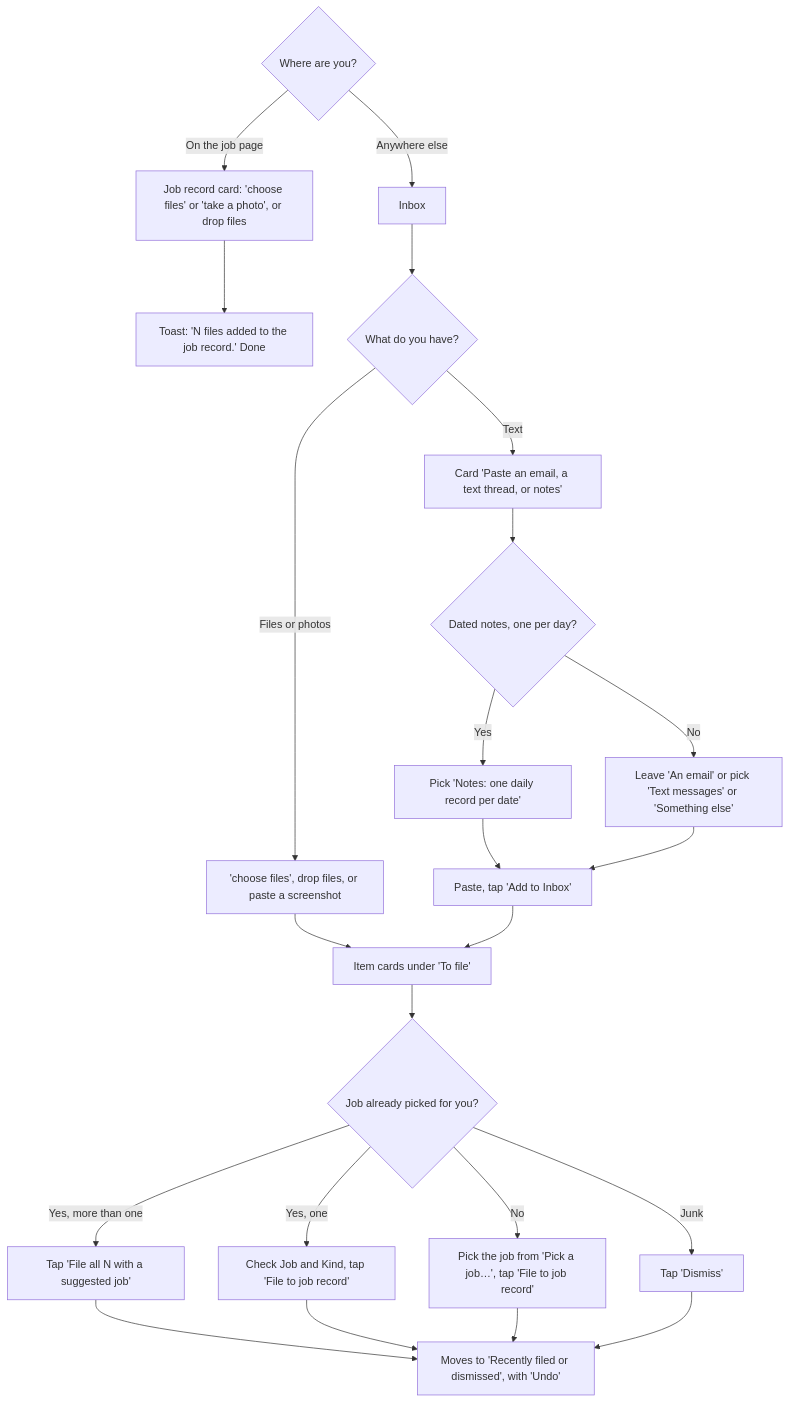
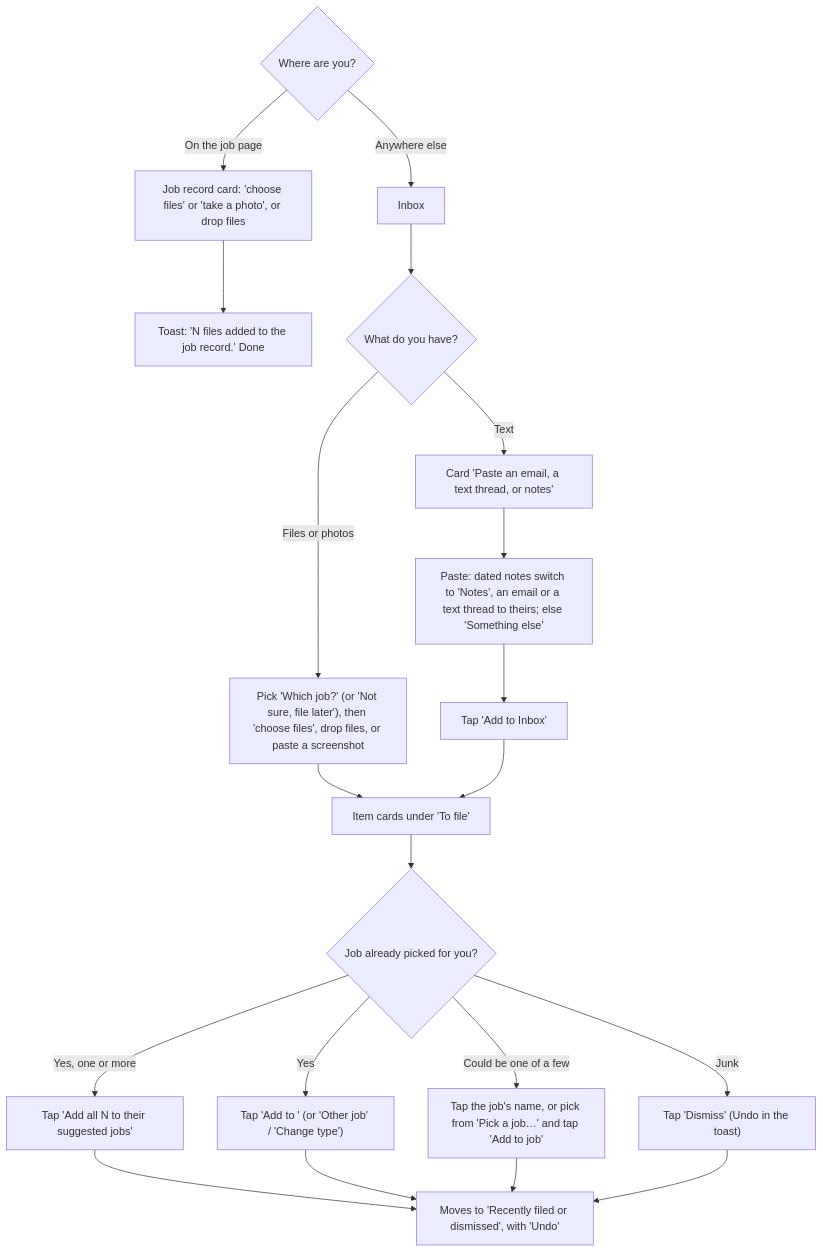
Before and after one commit to cartwrightstephen/billdable: the fifth of 15 diagrams in docs/client-flows.md, drawn with Mermaid. The commit also changed other lines of this file and 13 other files, not shown here.

First line of the commit message:
Round 5: R5-05, R5-06, R5-07 one tap to add an Inbox item, pastes read as people paste them, and photos that come in with a job

````diff
--- a/docs/client-flows.md
+++ b/docs/client-flows.md
@@ -185,25 +185,22 @@
 ```mermaid
 flowchart TD
     A{"Where are you?"} -->|"On the job page"| B["Job record card: 'choose files' or 'take a photo', or drop files"]
     B --> C["Toast: 'N files added to the job record.' Done"]
     A -->|"Anywhere else"| D["Inbox"]
     D --> E{"What do you have?"}
-    E -->|"Files or photos"| F["'choose files', drop files, or paste a screenshot"]
+    E -->|"Files or photos"| F["Pick 'Which job?' (or 'Not sure, file later'), then 'choose files', drop files, or paste a screenshot"]
     E -->|"Text"| G["Card 'Paste an email, a text thread, or notes'"]
-    G --> H{"Dated notes, one per day?"}
-    H -->|"Yes"| I["Pick 'Notes: one daily record per date'"]
-    H -->|"No"| J["Leave 'An email' or pick 'Text messages' or 'Something else'"]
-    I --> K["Paste, tap 'Add to Inbox'"]
-    J --> K
+    G --> H["Paste: dated notes switch to 'Notes', an email or a text thread to theirs; else 'Something else'"]
+    H --> K["Tap 'Add to Inbox'"]
     F --> L["Item cards under 'To file'"]
     K --> L
     L --> M{"Job already picked for you?"}
-    M -->|"Yes, more than one"| N["Tap 'File all N with a suggested job'"]
-    M -->|"Yes, one"| O["Check Job and Kind, tap 'File to job record'"]
-    M -->|"No"| P["Pick the job from 'Pick a job…', tap 'File to job record'"]
-    M -->|"Junk"| Q["Tap 'Dismiss'"]
+    M -->|"Yes, one or more"| N["Tap 'Add all N to their suggested jobs'"]
+    M -->|"Yes"| O["Tap 'Add to <job>' (or 'Other job' / 'Change type')"]
+    M -->|"Could be one of a few"| P["Tap the job's name, or pick from 'Pick a job…' and tap 'Add to job'"]
+    M -->|"Junk"| Q["Tap 'Dismiss' (Undo in the toast)"]
     N --> R["Moves to 'Recently filed or dismissed', with 'Undo'"]
     O --> R
     P --> R
     Q --> R
 ```
````
